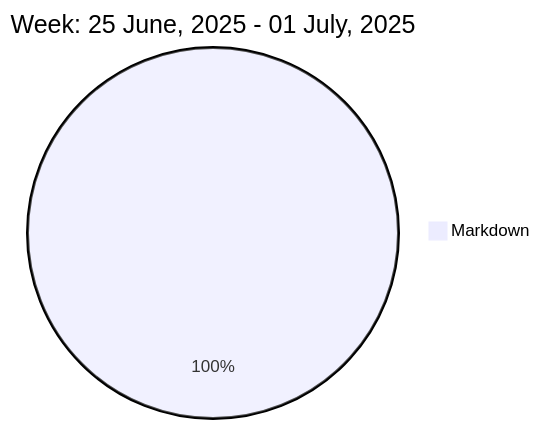
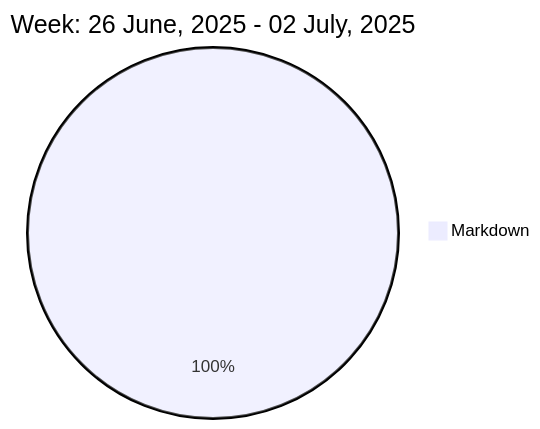
Before and after one commit to liubin95/liubin95: the diagram in README.md, drawn with Mermaid.

Commit message:
Updated the Graph with new Metrics

````diff
--- a/README.md
+++ b/README.md
@@ -37,5 +37,5 @@
 ```mermaid
  pie
-title Week: 25 June, 2025 - 01 July, 2025
- "Markdown" : 3.88
+title Week: 26 June, 2025 - 02 July, 2025
+ "Markdown" : 2.73
 ```
````
